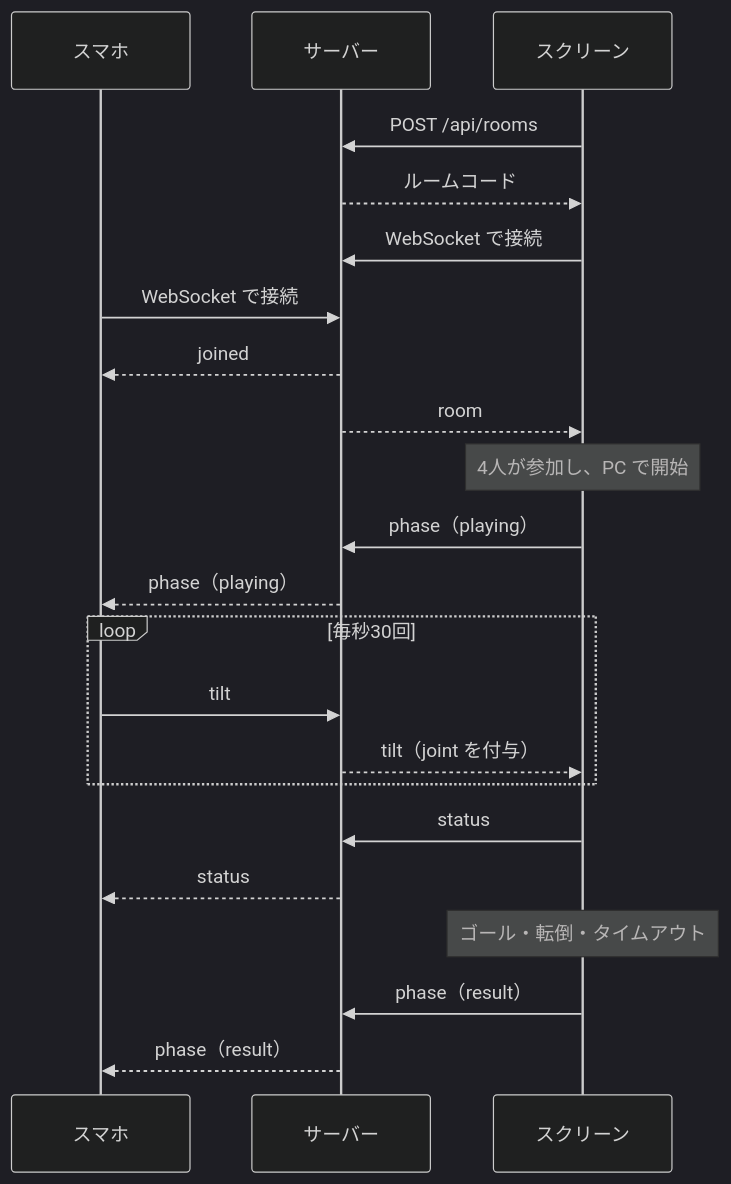
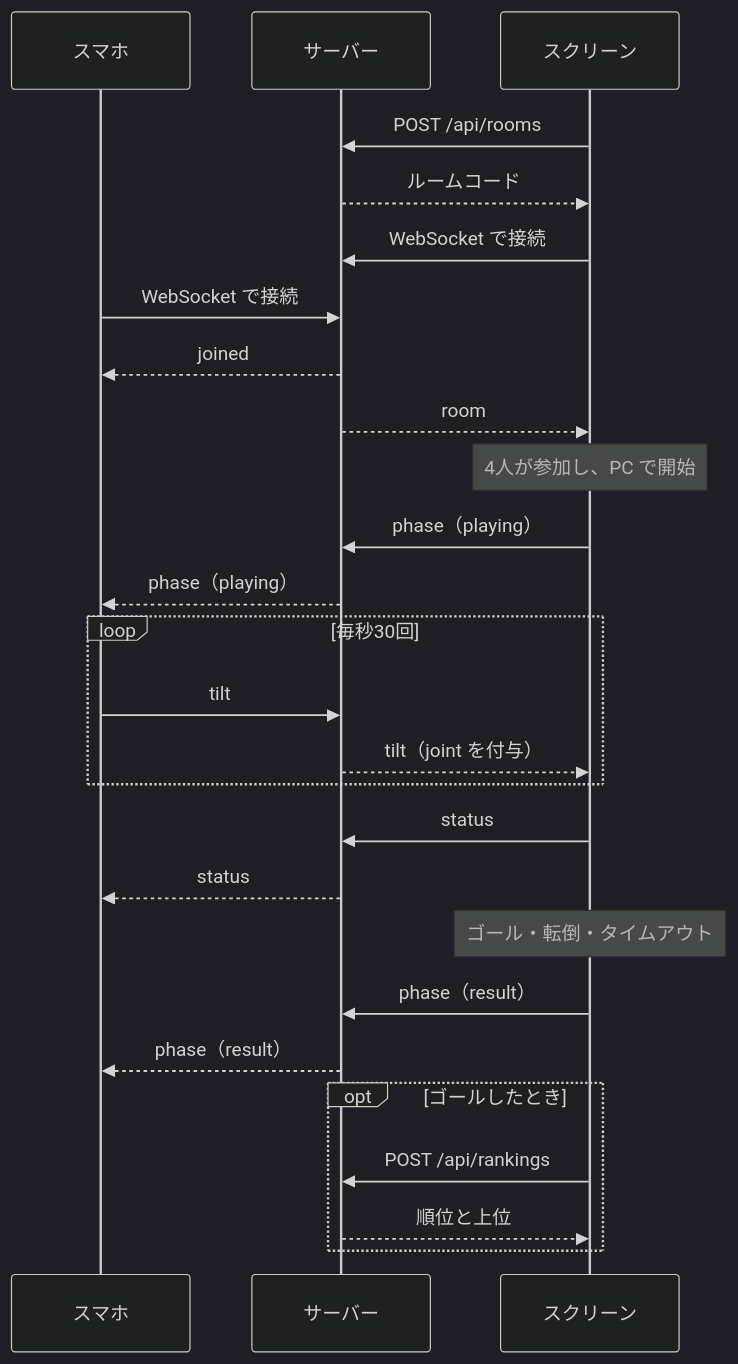
The diagram in docs/api.md (Tanakee/funyaoji), drawn with Mermaid (dark theme) before and after one commit. The commit also changed other lines of this file and 9 other files, not shown here.

````diff
--- a/docs/api.md
+++ b/docs/api.md
@@ -9,24 +9,28 @@
 ```mermaid
 sequenceDiagram
   participant P as スマホ
   participant S as サーバー
   participant C as スクリーン
   C->>S: POST /api/rooms
   S-->>C: ルームコード
   C->>S: WebSocket で接続
   P->>S: WebSocket で接続
   S-->>P: joined
   S-->>C: room
   Note over C: 4人が参加し、PC で開始
   C->>S: phase（playing）
   S-->>P: phase（playing）
   loop 毎秒30回
     P->>S: tilt
     S-->>C: tilt（joint を付与）
   end
   C->>S: status
   S-->>P: status
   Note over C: ゴール・転倒・タイムアウト
   C->>S: phase（result）
   S-->>P: phase（result）
+  opt ゴールしたとき
+    C->>S: POST /api/rankings
+    S-->>C: 順位と上位
+  end
 ```
````
